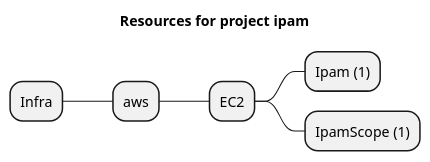
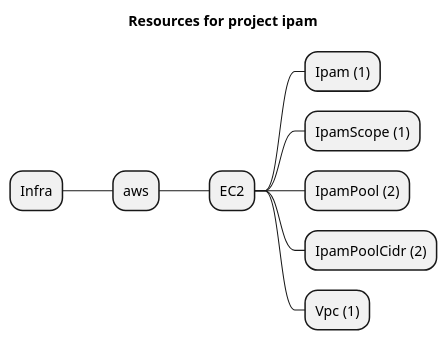
One commit to grucloud/grucloud changed the diagram in examples/aws/EC2/ipam/artifacts/resources-mindmap.puml. Above: the diagram before and after it, drawn with PlantUML. The commit also changed 14 other files, not shown here.

```diff
--- a/examples/aws/EC2/ipam/artifacts/resources-mindmap.puml
+++ b/examples/aws/EC2/ipam/artifacts/resources-mindmap.puml
@@ -1,9 +1,12 @@
 @startmindmap
 title Resources for project ipam
 skinparam monochrome true
 + Infra
 ++ aws
 +++ EC2
 ++++ Ipam (1)
 ++++ IpamScope (1)
+++++ IpamPool (2)
+++++ IpamPoolCidr (2)
+++++ Vpc (1)
 @endmindmap
```
